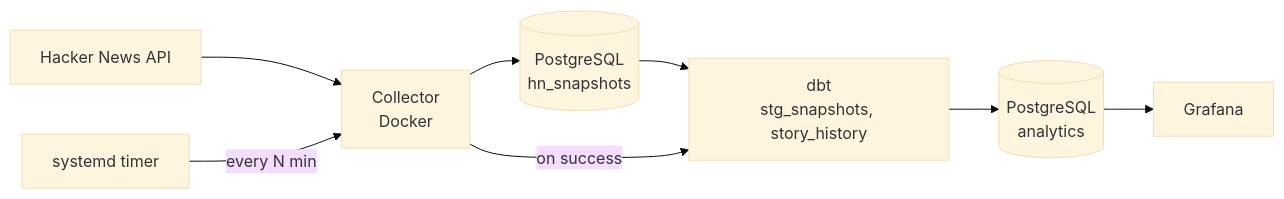
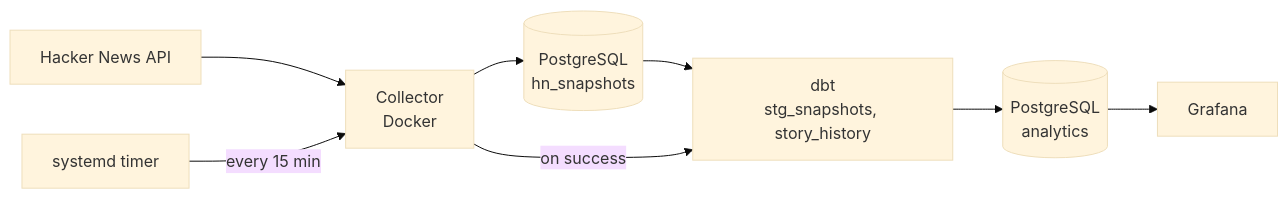
Before and after one commit to Sarvesh-0519/Hacker_News_Dashboard: the diagram in README.md, drawn with Mermaid (base theme).

````diff
--- a/README.md
+++ b/README.md
@@ -9,10 +9,10 @@
 ```mermaid
 flowchart LR
     API[Hacker News API] --> C[Collector<br/>Docker]
-    T[systemd timer] -->|every N min| C
+    T[systemd timer] -->|every 15 min| C
     C --> PG[(PostgreSQL<br/>hn_snapshots)]
     PG --> D[dbt<br/>stg_snapshots, story_history]
     D --> PG2[(PostgreSQL<br/>analytics)]
     PG2 --> G[Grafana]
     C -->|on success| D
 ```
````
